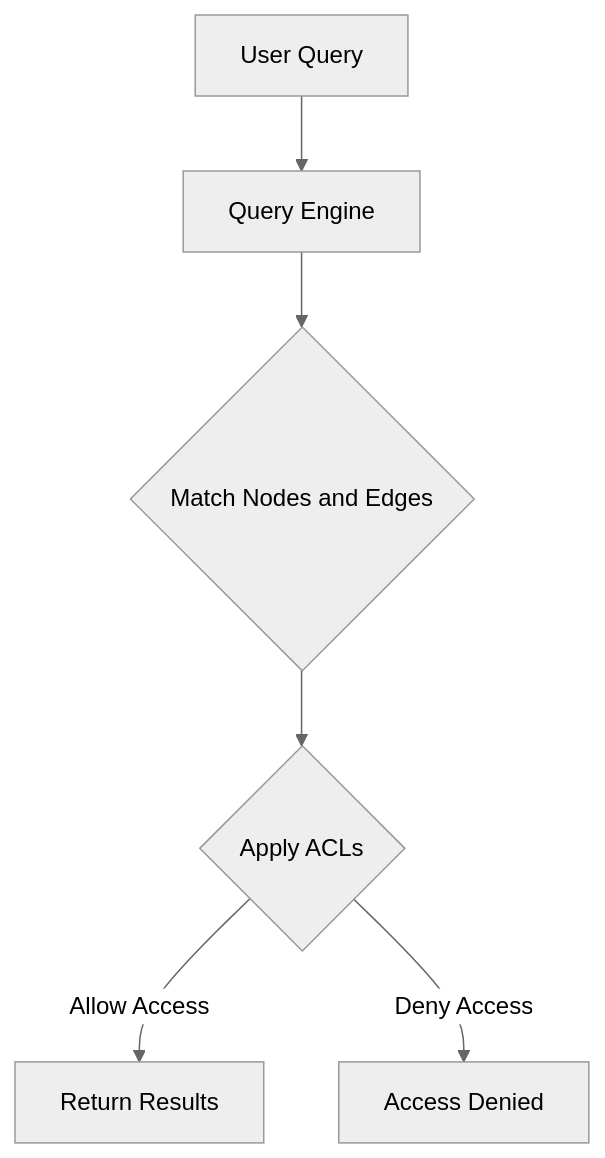
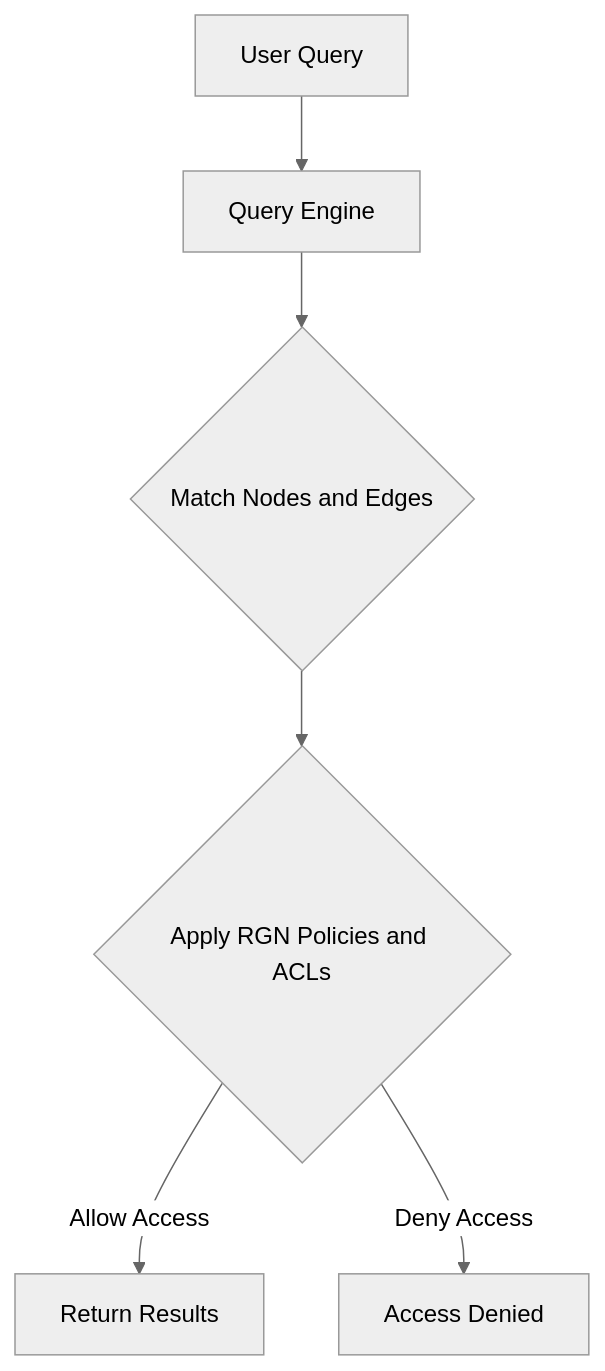
Before and after one commit to TheGuyFromTheApprentice/ActiveGraphNetworks: the third of 4 diagrams in doco/01_Architectural_Documentation.md, drawn with Mermaid (neutral theme). The commit also changed other lines of this file, not shown here.

````diff
--- a/doco/01_Architectural_Documentation.md
+++ b/doco/01_Architectural_Documentation.md
@@ -131,8 +135,8 @@
 ```mermaid
 flowchart TD
     A[User Query] --> B[Query Engine]
     B --> C{Match Nodes and Edges}
-    C --> D{Apply ACLs}
+    C --> D{Apply RGN Policies and ACLs}
     D -- Allow Access --> E[Return Results]
     D -- Deny Access --> F[Access Denied]
 ```
````
